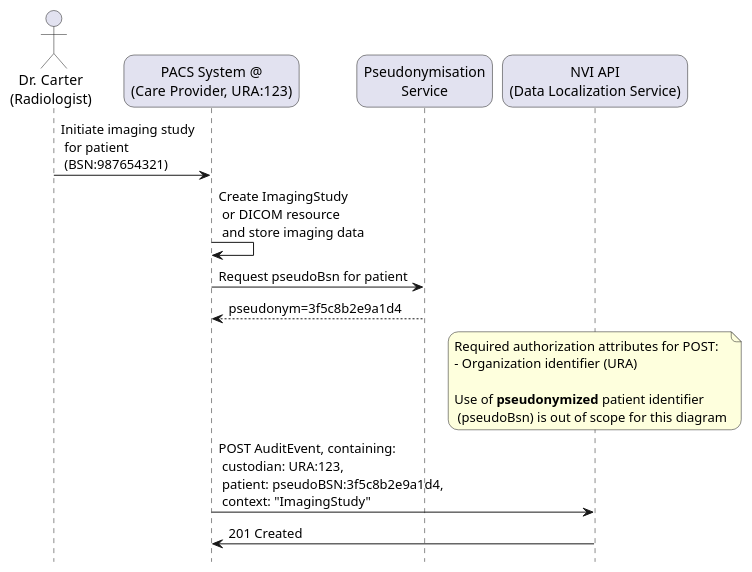
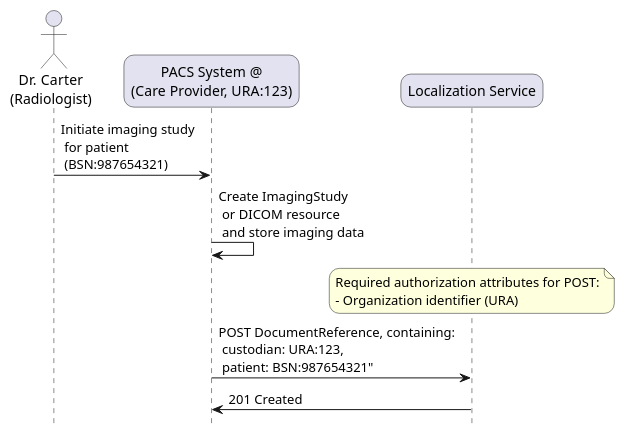
Before and after one commit to nuts-foundation/nl-generic-functions-ig: the diagram in input/images-source/localization-radiologist-imaging-registration.plantuml, drawn with PlantUML. The commit also changed 11 other files, not shown here.

Commit message:
data model to DocumentReference

```diff
--- a/input/images-source/localization-radiologist-imaging-registration.plantuml
+++ b/input/images-source/localization-radiologist-imaging-registration.plantuml
@@ -1,31 +1,30 @@
 @startuml localization-radiologist-imaging-registration
 
 skinparam roundcorner 20
 skinparam defaultFontName Arial 
 hide footbox
 
 !pragma teoz true
 
 actor "Dr. Carter\n(Radiologist)" as doctor
 participant "PACS System @\n(Care Provider, URA:123)" as pacs
-participant "Pseudonymisation\nService" as pseudonymisation
-participant "NVI API\n(Data Localization Service)" as nvi
+' participant "Pseudonymisation\nService" as pseudonymisation
+participant "Localization Service" as nvi
 
 doctor -> pacs: Initiate imaging study\n for patient\n (BSN:987654321)
 pacs -> pacs: Create ImagingStudy\n or DICOM resource\n and store imaging data
-pacs -> pseudonymisation: Request pseudoBsn for patient
-return pseudonym=3f5c8b2e9a1d4
+' pacs -> pseudonymisation: Request pseudoBsn for patient
+' return pseudonym=3f5c8b2e9a1d4
 
 note over nvi
   Required authorization attributes for POST:
   - Organization identifier (URA)
-
-  Use of **pseudonymized** patient identifier 
-   (pseudoBsn) is out of scope for this diagram
+  ' Use of **pseudonymized** patient identifier 
+  '  (pseudoBsn) is out of scope for this diagram
 end note
 
-pacs -> nvi: POST AuditEvent, containing:\n custodian: URA:123,\n patient: pseudoBSN:3f5c8b2e9a1d4,\n context: "ImagingStudy"
+pacs -> nvi: POST DocumentReference, containing:\n custodian: URA:123,\n patient: BSN:987654321"
 
 nvi -> pacs: 201 Created
 
 @enduml
```
